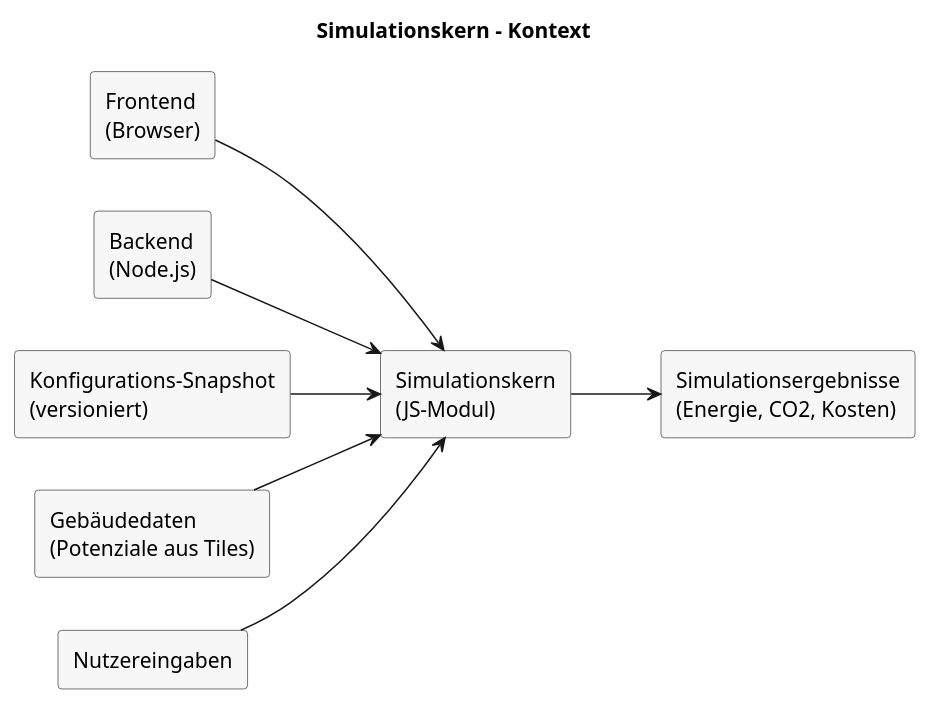
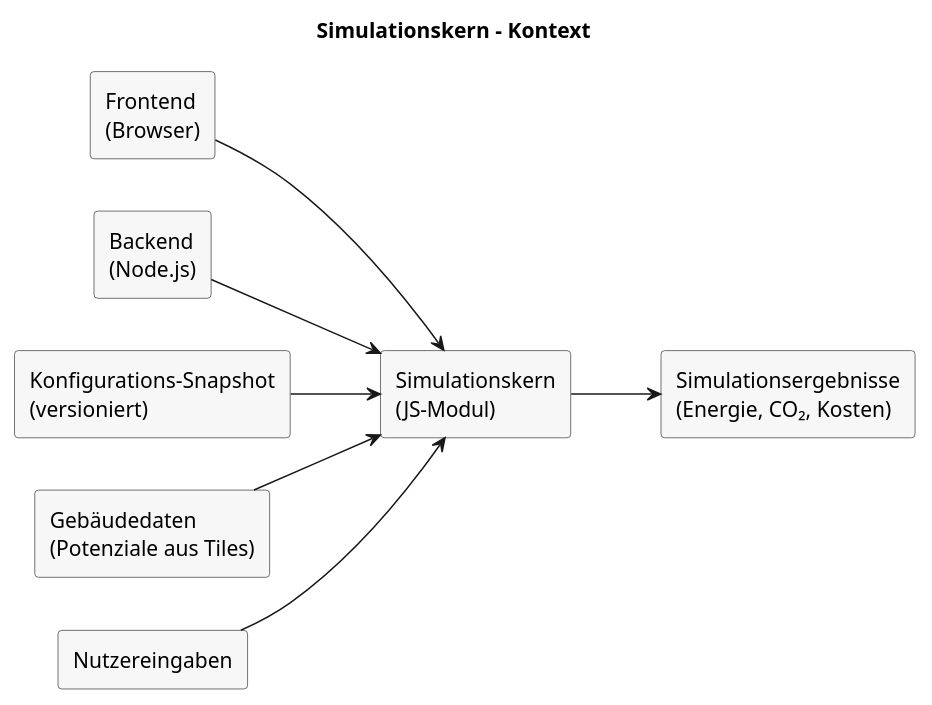
Before and after one commit to csi-FOXBYTE/Regensburg_DigitalerEnergieZwilling_Backend: the diagram in docs/architecture/raw/simulation-core-architecture.puml, drawn with PlantUML. The commit also changed 17 other files, not shown here.

```diff
--- a/docs/architecture/raw/simulation-core-architecture.puml
+++ b/docs/architecture/raw/simulation-core-architecture.puml
@@ -1,25 +1,25 @@
 @startuml
 left to right direction
 skinparam rectangle {
   BackgroundColor #F7F7F7
   BorderColor #444444
 }
 
 title Simulationskern - Kontext
 
 rectangle "Frontend\n(Browser)" as frontend
 rectangle "Backend\n(Node.js)" as backend
 rectangle "Simulationskern\n(JS-Modul)" as core
 rectangle "Konfigurations-Snapshot\n(versioniert)" as config
 rectangle "Gebäudedaten\n(Potenziale aus Tiles)" as building
 rectangle "Nutzereingaben" as inputs
-rectangle "Simulationsergebnisse\n(Energie, CO2, Kosten)" as outputs
+rectangle "Simulationsergebnisse\n(Energie, CO₂, Kosten)" as outputs
 
 frontend --> core
 backend --> core
 config --> core
 building --> core
 inputs --> core
 core --> outputs
 
 @enduml
```
